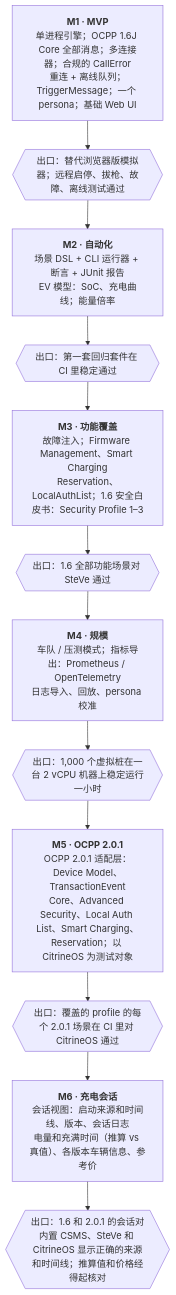
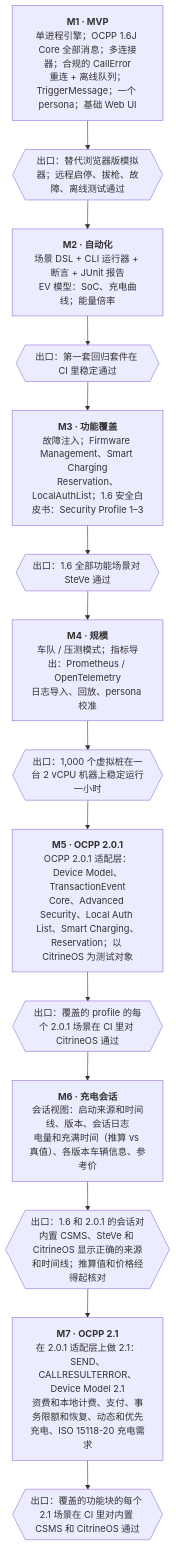
The second of 2 diagrams in docs/design.zh-CN.md (JasonKong/ocpp-mimic), drawn with Mermaid before and after one commit. The commit also changed other lines of this file and 2 other files, not shown here.

First line of the commit message:
Design M7: OCPP 2.1 (T93) (#241)

````diff
--- a/docs/design.zh-CN.md
+++ b/docs/design.zh-CN.md
@@ -1390,16 +1625,18 @@
 ```mermaid
 flowchart TB
   M1["<b>M1 · MVP</b><br/>单进程引擎；OCPP 1.6J Core 全部消息；多连接器；合规的 CallError<br/>重连 + 离线队列；TriggerMessage；一个 persona；基础 Web UI"]
   G1{{"出口：替代浏览器版模拟器；远程启停、拔枪、故障、离线测试通过"}}
   M2["<b>M2 · 自动化</b><br/>场景 DSL + CLI 运行器 + 断言 + JUnit 报告<br/>EV 模型：SoC、充电曲线；能量倍率"]
   G2{{"出口：第一套回归套件在 CI 里稳定通过"}}
   M3["<b>M3 · 功能覆盖</b><br/>故障注入；Firmware Management、Smart Charging<br/>Reservation、LocalAuthList；1.6 安全白皮书：Security Profile 1–3"]
   G3{{"出口：1.6 全部功能场景对 SteVe 通过"}}
   M4["<b>M4 · 规模</b><br/>车队 / 压测模式；指标导出：Prometheus / OpenTelemetry<br/>日志导入、回放、persona 校准"]
   G4{{"出口：1,000 个虚拟桩在一台 2 vCPU 机器上稳定运行一小时"}}
   M5["<b>M5 · OCPP 2.0.1</b><br/>OCPP 2.0.1 适配层：Device Model、TransactionEvent<br/>Core、Advanced Security、Local Auth List、Smart Charging、Reservation；以 CitrineOS 为测试对象"]
   G5{{"出口：覆盖的 profile 的每个 2.0.1 场景在 CI 里对 CitrineOS 通过"}}
   M6["<b>M6 · 充电会话</b><br/>会话视图：启动来源和时间线、版本、会话日志<br/>电量和充满时间（推算 vs 真值）、各版本车辆信息、参考价"]
   G6{{"出口：1.6 和 2.0.1 的会话对内置 CSMS、SteVe 和 CitrineOS 显示正确的来源和时间线；推算值和价格经得起核对"}}
-  M1 --> G1 --> M2 --> G2 --> M3 --> G3 --> M4 --> G4 --> M5 --> G5 --> M6 --> G6
+  M7["<b>M7 · OCPP 2.1</b><br/>在 2.0.1 适配层上做 2.1：SEND、CALLRESULTERROR、Device Model 2.1<br/>资费和本地计费、支付、事务限额和恢复、动态和优先充电、ISO 15118-20 充电需求"]
+  G7{{"出口：覆盖的功能块的每个 2.1 场景在 CI 里对内置 CSMS 和 CitrineOS 通过"}}
+  M1 --> G1 --> M2 --> G2 --> M3 --> G3 --> M4 --> G4 --> M5 --> G5 --> M6 --> G6 --> M7 --> G7
 ```
````
